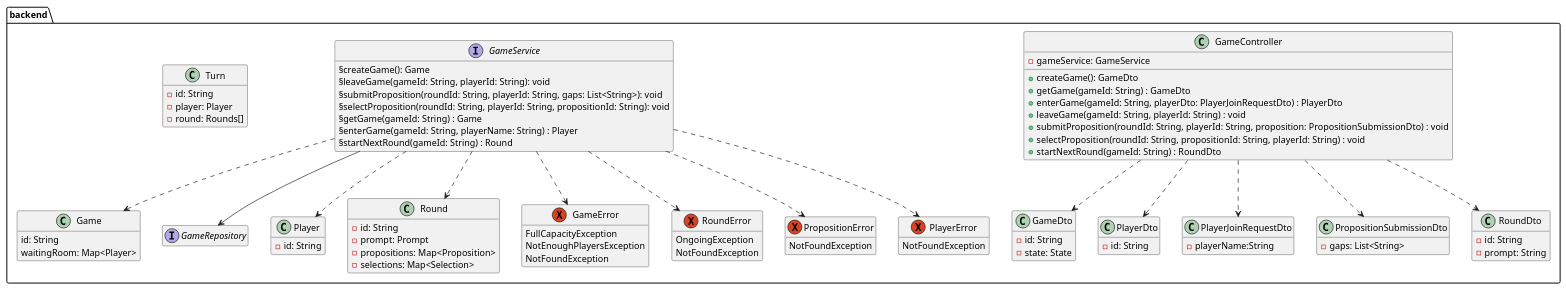
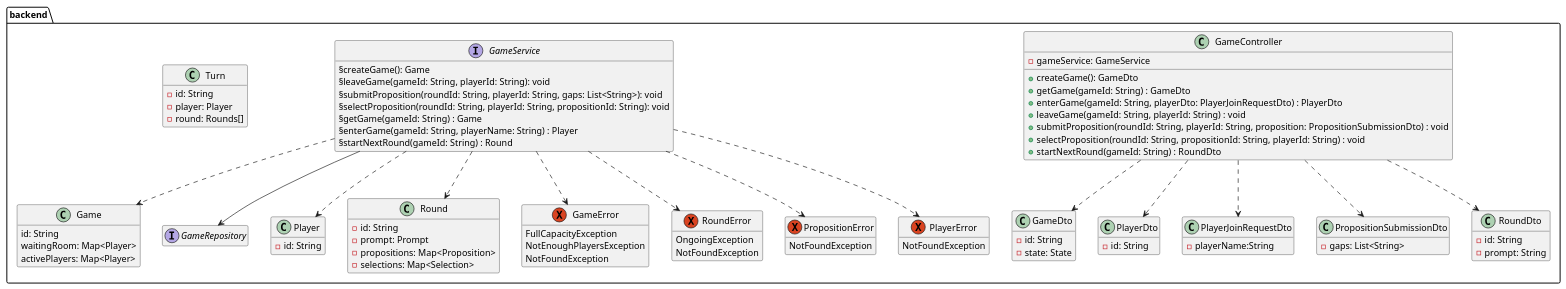
Before and after one commit to patrickwinti/worldwidewalter: the diagram in docs/diagrams/class_diagramm.plantuml, drawn with PlantUML.

Commit message:
updated uml of game class

```diff
--- a/docs/diagrams/class_diagramm.plantuml
+++ b/docs/diagrams/class_diagramm.plantuml
@@ -1,90 +1,91 @@
 @startuml
 package backend{
     hide empty members
     class GameController {
         -gameService: GameService
         +createGame(): GameDto
         +getGame(gameId: String) : GameDto
         +enterGame(gameId: String, playerDto: PlayerJoinRequestDto) : PlayerDto
         +leaveGame(gameId: String, playerId: String) : void
         +submitProposition(roundId: String, playerId: String, proposition: PropositionSubmissionDto) : void
         +selectProposition(roundId: String, propositionId: String, playerId: String) : void
         +startNextRound(gameId: String) : RoundDto
     }
     class GameDto {
         -id: String
         -state: State
     }
     class Game {
         id: String
         waitingRoom: Map<Player>
+        activePlayers: Map<Player>
     }
     interface GameService{
        §createGame(): Game
        §leaveGame(gameId: String, playerId: String): void
        §submitProposition(roundId: String, playerId: String, gaps: List<String>): void
        §selectProposition(roundId: String, playerId: String, propositionId: String): void
        §getGame(gameId: String) : Game
        §enterGame(gameId: String, playerName: String) : Player
        §startNextRound(gameId: String) : Round
     }
     interface GameRepository
     class PlayerDto {
         -id: String
     }
     class PlayerJoinRequestDto {
         -playerName:String
     }
     class PropositionSubmissionDto {
         -gaps: List<String>
     }
     class RoundDto {
         -id: String
         -prompt: String
     }
     class Player {
         -id: String
     }
     class Turn {
         -id: String
         -player: Player
         -round: Rounds[]
     }
     class Round {
         -id: String
         -prompt: Prompt
         -propositions: Map<Proposition>
         -selections: Map<Selection>
     }
     exception GameError {
         FullCapacityException
         NotEnoughPlayersException
         NotFoundException
     }
     exception RoundError {
         OngoingException
         NotFoundException
     }
     exception PropositionError {
         NotFoundException
     }
     exception PlayerError {
         NotFoundException
     }
 
     GameController..>PlayerDto
     GameController..>PlayerJoinRequestDto
     GameController..>PropositionSubmissionDto
     GameController..>RoundDto
     GameController ..> GameDto
 
     GameService ..> Game
     GameService ..> Round
     GameService ..> Player
     GameService ..> GameError
     GameService ..> RoundError
     GameService ..> PlayerError
     GameService ..> PropositionError
     GameService --> GameRepository
 }
 @enduml
```
